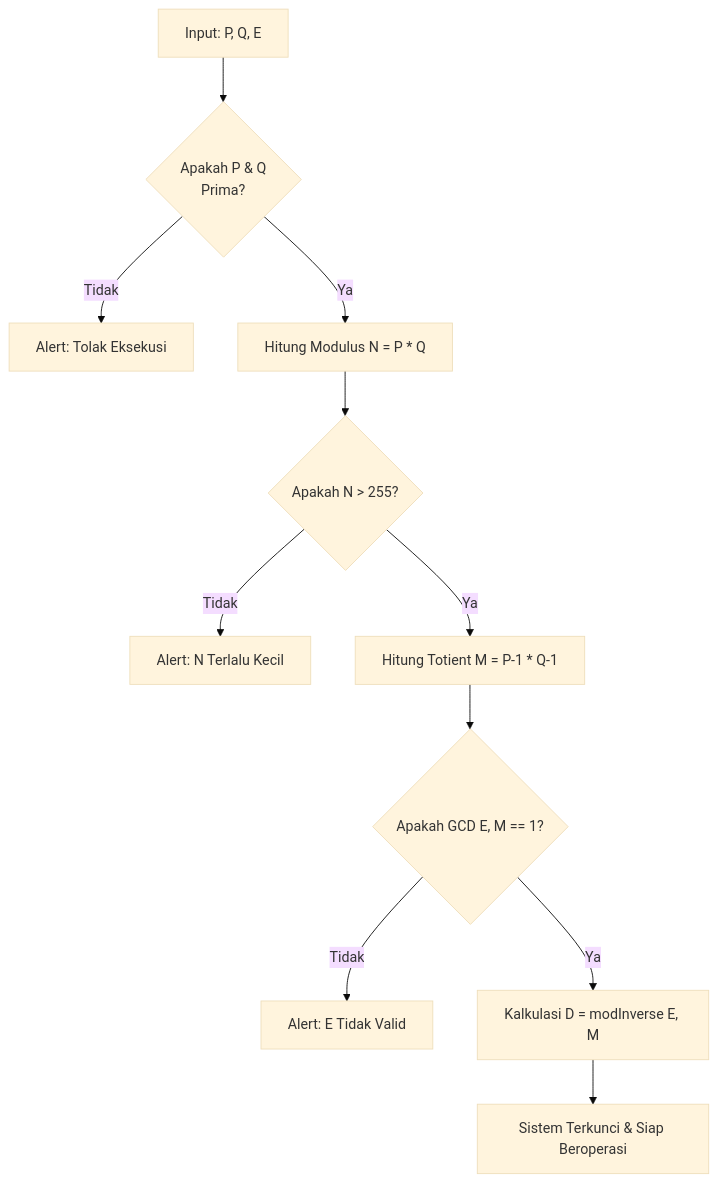
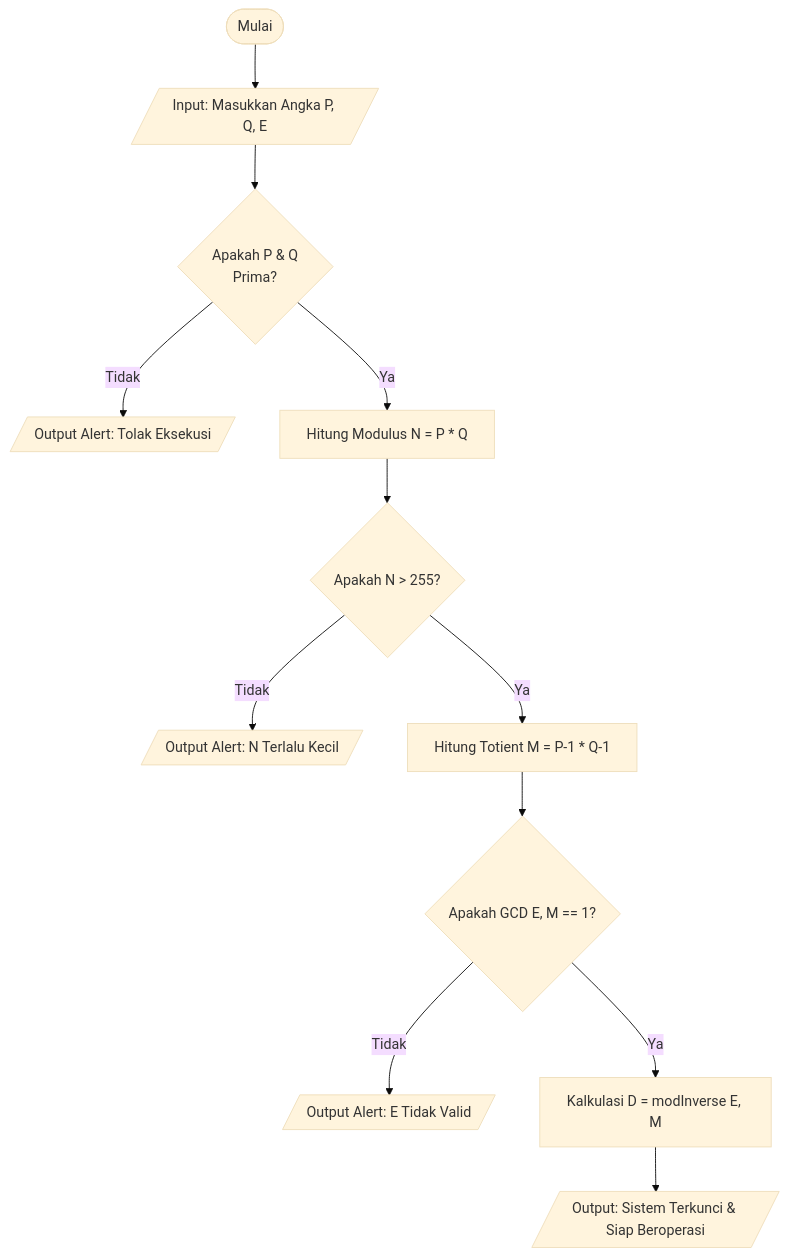
One commit to GrimmV26/BA-calculate-RSA changed the first of 3 diagrams in README.md. Above: the diagram before and after it, drawn with Mermaid (base theme). The commit also changed other lines of this file, not shown here.

````diff
--- a/README.md
+++ b/README.md
@@ -51,13 +51,14 @@
 ```mermaid
 graph TD
-    A[Input: P, Q, E] --> B{Apakah P & Q <br> Prima?}
-    B -- Tidak --> C[Alert: Tolak Eksekusi]
+    Start([Mulai]) --> A[/Input: Masukkan Angka P, Q, E/]
+    A --> B{Apakah P & Q <br> Prima?}
+    B -- Tidak --> C[/Output Alert: Tolak Eksekusi/]
     B -- Ya --> D[Hitung Modulus N = P * Q]
     D --> E{Apakah N > 255?}
-    E -- Tidak --> F[Alert: N Terlalu Kecil]
+    E -- Tidak --> F[/Output Alert: N Terlalu Kecil/]
     E -- Ya --> G[Hitung Totient M = P-1 * Q-1]
     G --> H{Apakah GCD E, M == 1?}
-    H -- Tidak --> I[Alert: E Tidak Valid]
+    H -- Tidak --> I[/Output Alert: E Tidak Valid/]
     H -- Ya --> J[Kalkulasi D = modInverse E, M]
-    J --> K[Sistem Terkunci & Siap Beroperasi]
+    J --> K[/Output: Sistem Terkunci & Siap Beroperasi/]
 ```
````
